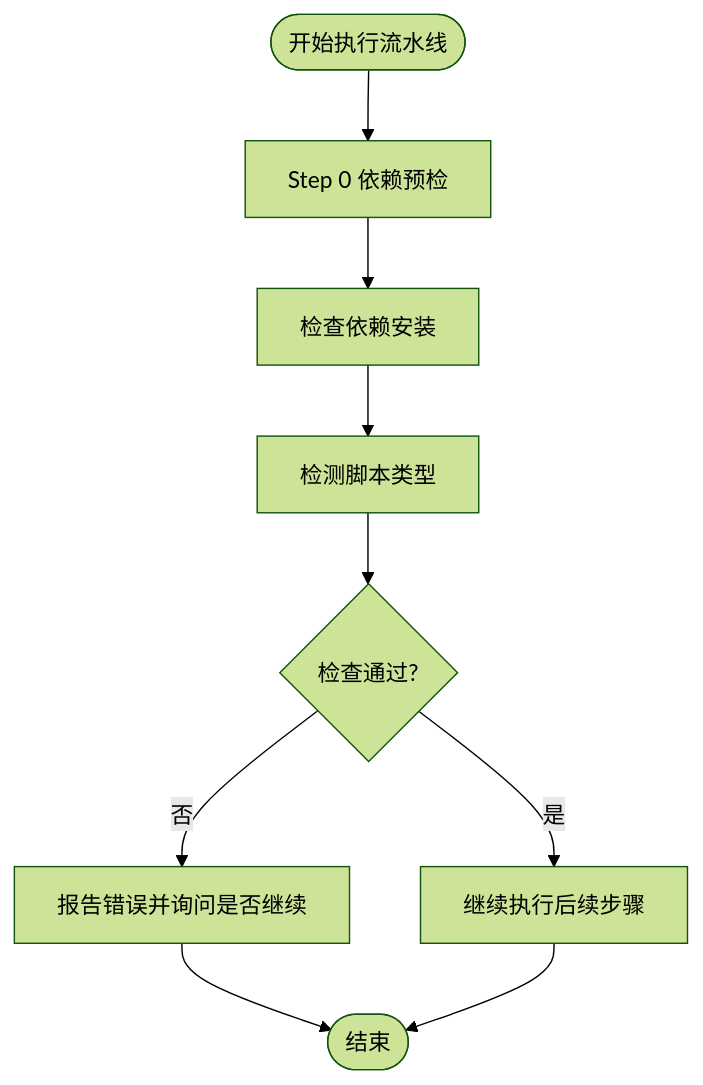
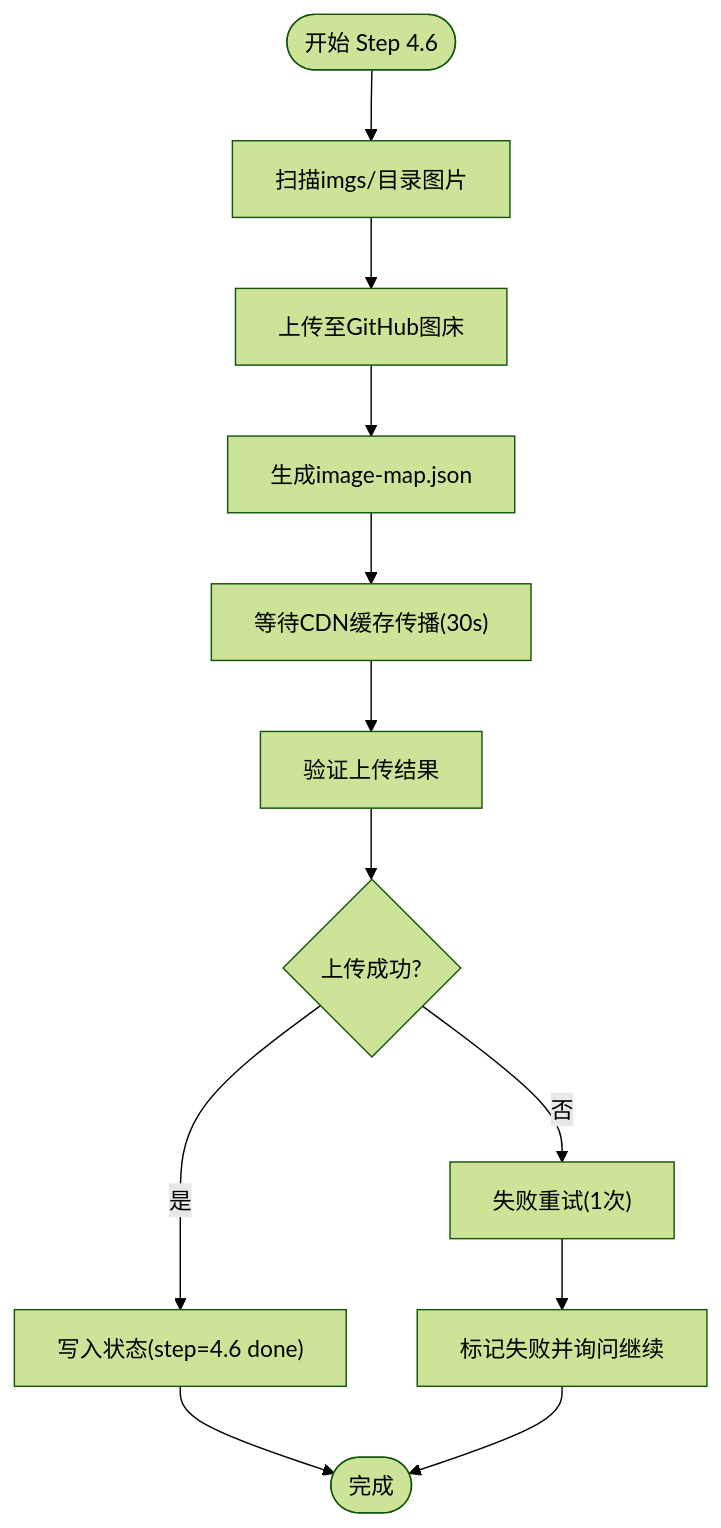
One commit to NTLx/ntlx.github.io changed the fourth of 7 diagrams in .qoder/repowiki/zh/content/AI 技能系统/发布自动化技能/微信文章写作管线.md. Above: the diagram before and after it, drawn with Mermaid (forest theme). The commit also changed other lines of this file and 8 other files, not shown here.

````diff
--- a/.qoder/repowiki/zh/content/AI 技能系统/发布自动化技能/微信文章写作管线.md
+++ b/.qoder/repowiki/zh/content/AI 技能系统/发布自动化技能/微信文章写作管线.md
@@ -316,11 +191,14 @@
 ```mermaid
 flowchart TD
-Start(["开始执行流水线"]) --> Check["Step 0 依赖预检"]
-Check --> Install["检查依赖安装"]
-Install --> TypeCheck["检测脚本类型"]
-TypeCheck --> Success{"检查通过?"}
-Success --> |是| Continue["继续执行后续步骤"]
-Success --> |否| Error["报告错误并询问是否继续"]
-Error --> End(["结束"])
-Continue --> End
+Start(["开始 Step 4.6"]) --> Scan["扫描imgs/目录图片"]
+Scan --> Upload["上传至GitHub图床"]
+Upload --> Map["生成image-map.json"]
+Map --> Wait["等待CDN缓存传播(30s)"]
+Wait --> Verify["验证上传结果"]
+Verify --> Success{"上传成功?"}
+Success --> |是| Write["写入状态(step=4.6 done)"]
+Success --> |否| Retry["失败重试(1次)"]
+Retry --> Fail["标记失败并询问继续"]
+Write --> Done(["完成"])
+Fail --> Done
 ```
````
